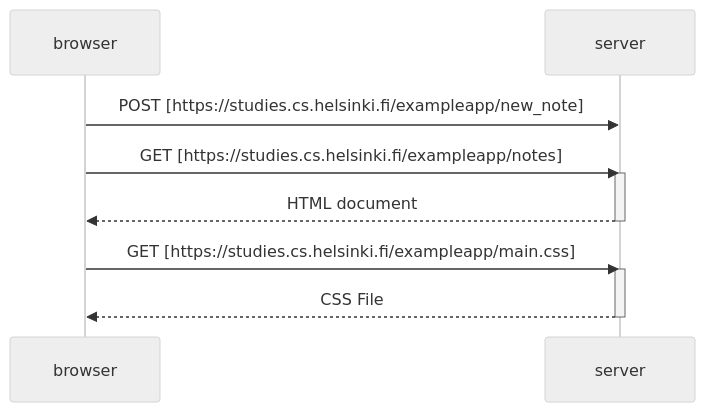
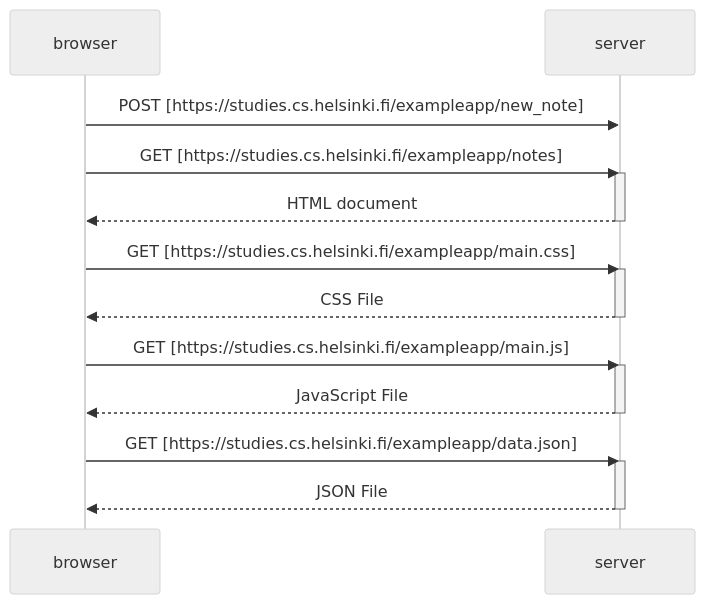
One commit to JNeed/JN_Helsinki_Course changed the diagram in add_note_mermaid.md. Above: the diagram before and after it, drawn with Mermaid (neutral theme).

Commit message:
Update add_note_mermaid.md
Added GET requests for main.js and data.json

````diff
--- a/add_note_mermaid.md
+++ b/add_note_mermaid.md
@@ -1,15 +1,22 @@
 ```mermaid
 sequenceDiagram
     participant browser
     participant server
  browser->>server: POST [https://studies.cs.helsinki.fi/exampleapp/new_note]
  browser->>server: GET [https://studies.cs.helsinki.fi/exampleapp/notes]
     activate server
     server-->>browser: HTML document
     deactivate server
  browser->>server: GET [https://studies.cs.helsinki.fi/exampleapp/main.css]
     activate server
     server-->>browser: CSS File
     deactivate server
-
+ browser->>server: GET [https://studies.cs.helsinki.fi/exampleapp/main.js]
+    activate server
+    server-->>browser: JavaScript File
+    deactivate server
+ browser->>server: GET [https://studies.cs.helsinki.fi/exampleapp/data.json]
+    activate server
+    server-->>browser: JSON File
+    deactivate server
 ```
````
